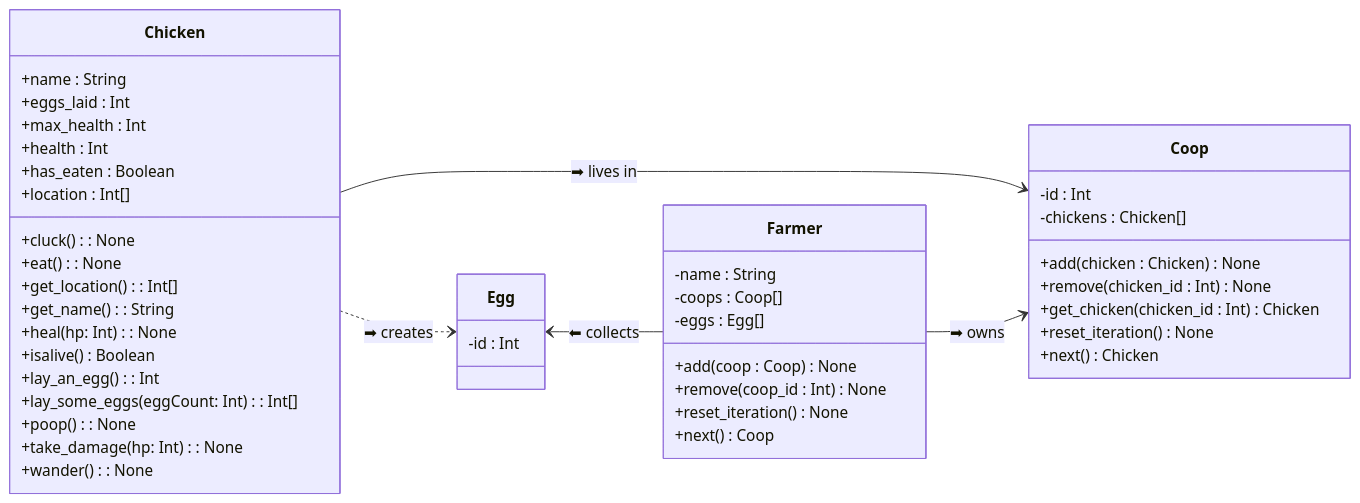
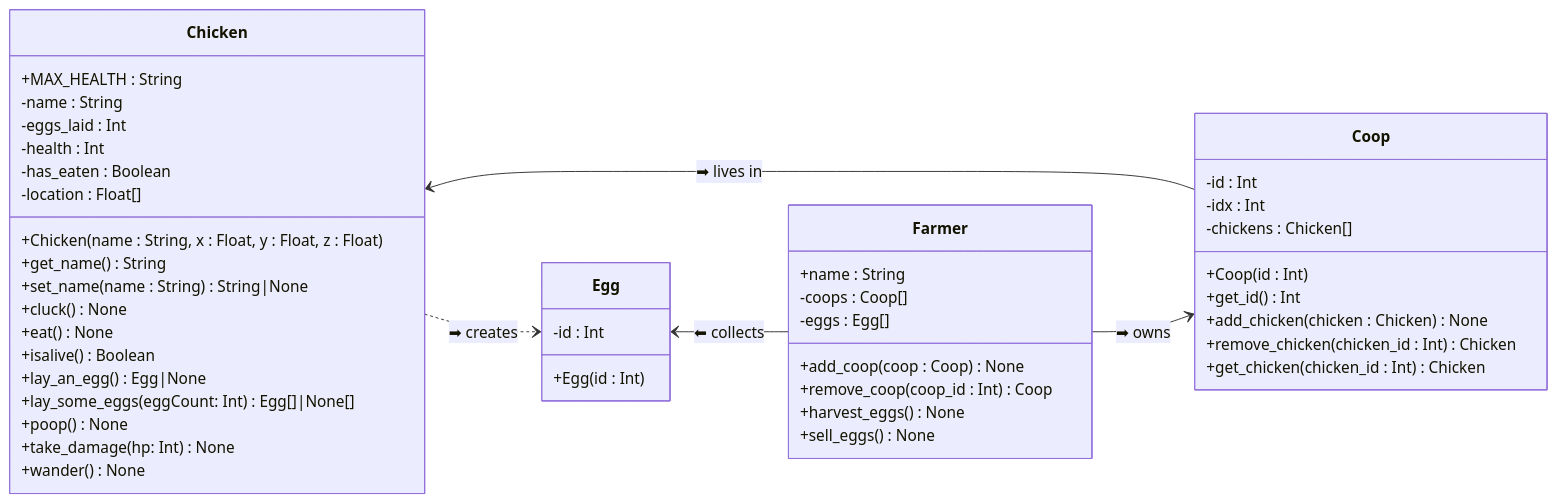
One commit to aehng/Lecture-Notes changed diagram 14 of 17 in Module3/UML.md. Above: the diagram before and after it, drawn with Mermaid. The commit also changed other lines of this file and 3 other files, not shown here.

Commit message:
Fix mistakes in UML diagrams. Let the bug hunt begin!

````diff
--- a/Module3/UML.md
+++ b/Module3/UML.md
@@ -645,52 +760,58 @@
 ```mermaid
 classDiagram
 direction LR
-Chicken --> Coop : ➡ lives in
+Chicken <-- Coop : ➡ lives in
 Egg <-- Farmer : ⬅ collects
 Farmer --> Coop : ➡ owns
 Chicken ..> Egg : ➡ creates
 
+
+class Chicken {
+    +MAX_HEALTH : String
+    -name : String
+    -eggs_laid : Int
+    -health : Int
+    -has_eaten : Boolean
+    -location : Float[]
+    +Chicken(name : String, x : Float, y : Float, z : Float)
+    +get_name() String
+    +set_name(name : String) String|None
+    +cluck() None
+    +eat() None
+    +isalive() Boolean
+    +lay_an_egg() Egg|None
+    +lay_some_eggs(eggCount: Int) Egg[]|None[]
+    +poop() None
+    +take_damage(hp: Int) None
+    +wander() None
+}
+
+
 class Egg {
+    +Egg(id : Int)
     -id : Int
 }
 
-class Farmer {
-    -name : String
-    -coops : Coop[]
-    -eggs : Egg[]
-    +add(coop : Coop) None
-    +remove(coop_id : Int) None
-    +reset_iteration() None
-    +next() Coop
-}
 
 class Coop {
     -id : Int
+    -idx : Int
     -chickens : Chicken[]
-    +add(chicken : Chicken) None
-    +remove(chicken_id : Int) None
+    +Coop(id : Int)
+    +get_id() Int
+    +add_chicken(chicken : Chicken) None
+    +remove_chicken(chicken_id : Int) Chicken
     +get_chicken(chicken_id : Int) Chicken
-    +reset_iteration() None
-    +next() Chicken
 }
 
-class Chicken {
+
+class Farmer {
     +name : String
-    +eggs_laid : Int
-    +max_health : Int
-    +health : Int
-    +has_eaten : Boolean
-    +location : Int[]
-    +cluck(): None
-    +eat(): None
-    +get_location(): Int[]
-    +get_name(): String
-    +heal(hp: Int): None
-    +isalive() Boolean
-    +lay_an_egg(): Int
-    +lay_some_eggs(eggCount: Int): Int[]
-    +poop(): None
-    +take_damage(hp: Int): None
-    +wander(): None
+    -coops : Coop[]
+    -eggs : Egg[]
+    +add_coop(coop : Coop) None
+    +remove_coop(coop_id : Int) Coop
+    +harvest_eggs() None
+    +sell_eggs() None
 }
 ```
````
